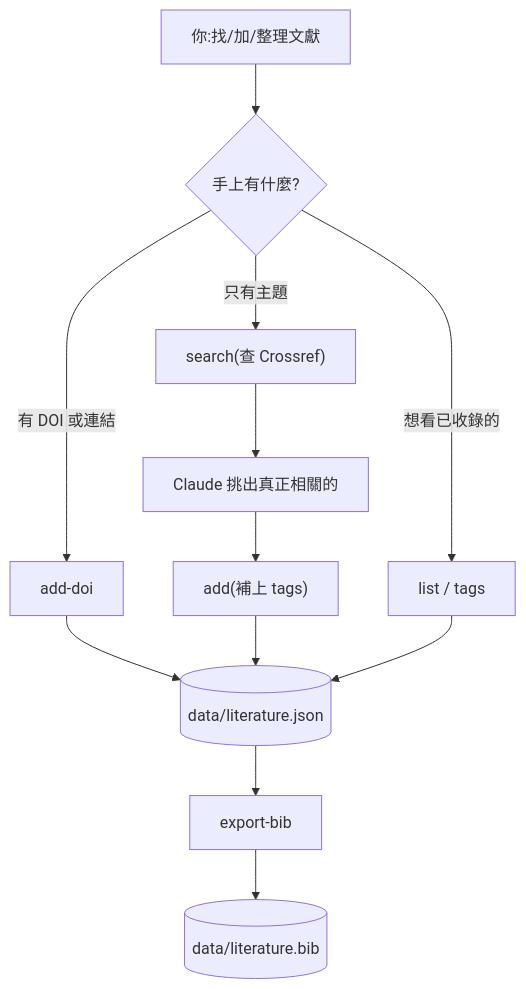
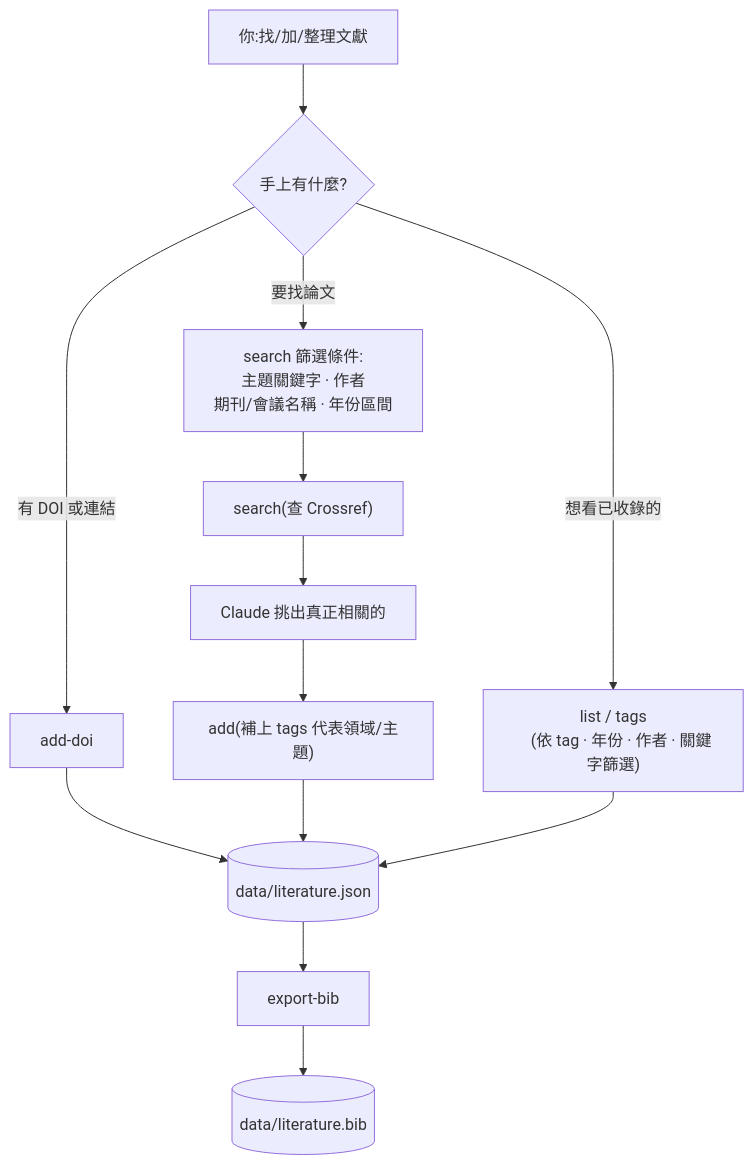
Before and after one commit to jacklin92/literature-skill: the diagram in README.zh-TW.md, drawn with Mermaid. The commit also changed other lines of this file and 3 other files, not shown here.

````diff
--- a/README.zh-TW.md
+++ b/README.zh-TW.md
@@ -19,14 +19,18 @@
 ```mermaid
 flowchart TD
     U["你:找/加/整理文獻"] --> Q{手上有什麼?}
     Q -->|有 DOI 或連結| AD["add-doi"]
-    Q -->|只有主題| S["search(查 Crossref)"]
+    Q -->|要找論文| SP["search 篩選條件:
+    主題關鍵字 · 作者
+    期刊/會議名稱 · 年份區間"]
+    SP --> S["search(查 Crossref)"]
     S --> R["Claude 挑出真正相關的"]
-    R --> AD2["add(補上 tags)"]
+    R --> AD2["add(補上 tags 代表領域/主題)"]
     AD --> J[("data/literature.json")]
     AD2 --> J
-    Q -->|想看已收錄的| L["list / tags"]
+    Q -->|想看已收錄的| L["list / tags
+    (依 tag · 年份 · 作者 · 關鍵字篩選)"]
     L --> J
     J --> B["export-bib"]
     B --> F[("data/literature.bib")]
 ```
````
